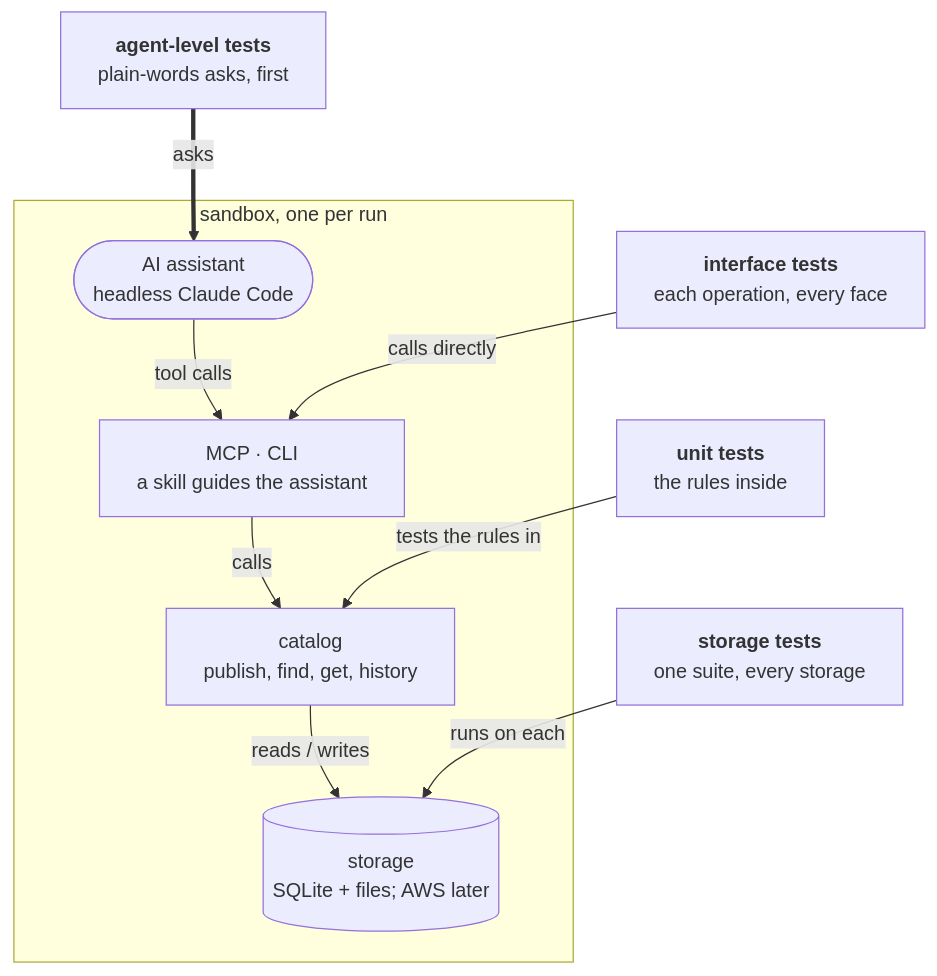
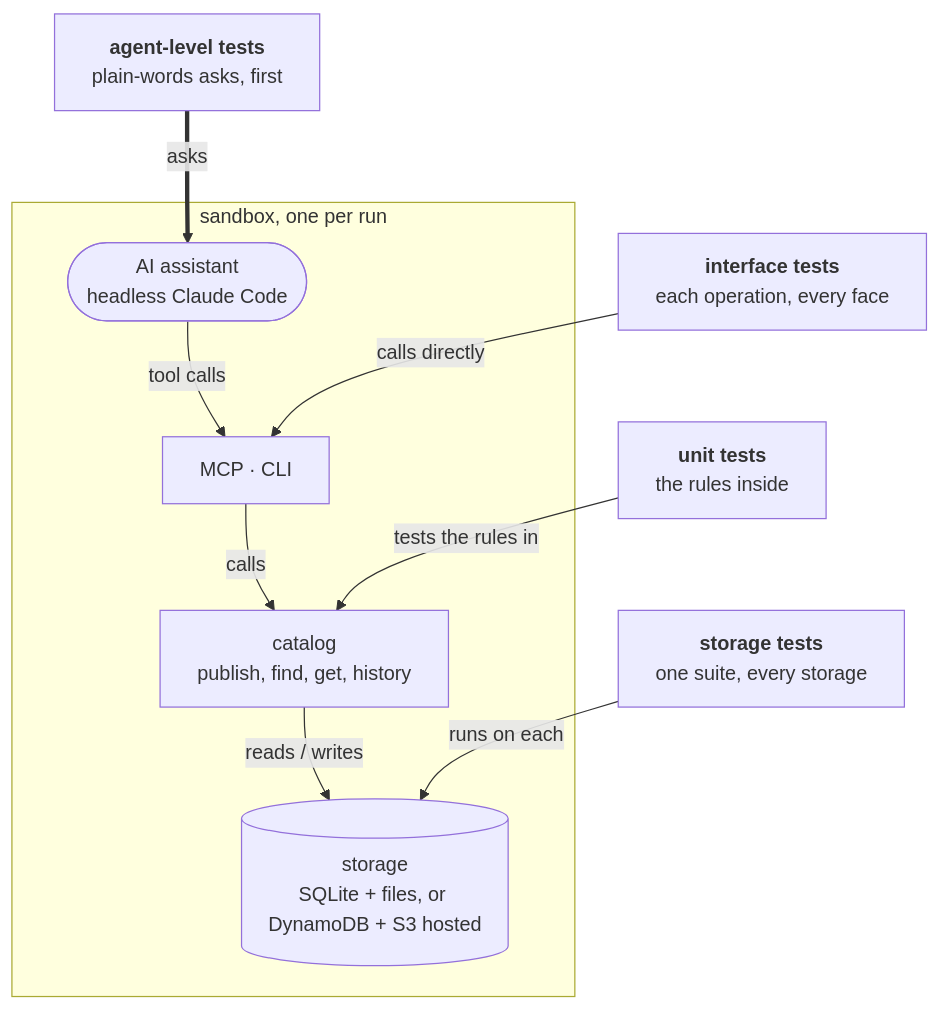
One commit to nandr-web/skills-catalog changed the first of 2 diagrams in qa/qa-plan.md. Above: the diagram before and after it, drawn with Mermaid. The commit also changed other lines of this file, not shown here.

````diff
--- a/qa/qa-plan.md
+++ b/qa/qa-plan.md
@@ -13,20 +13,20 @@
 ```mermaid
 flowchart TD
   agent["<b>agent-level tests</b><br/>plain-words asks, first"]
   iface["<b>interface tests</b><br/>each operation, every face"]
   unit["<b>unit tests</b><br/>the rules inside"]
   conf["<b>storage tests</b><br/>one suite, every storage"]
   subgraph sandbox["sandbox, one per run"]
     asst(["AI assistant<br/>headless Claude Code"])
-    faces["MCP · CLI<br/>a skill guides the assistant"]
+    faces["MCP · CLI"]
     core["catalog<br/>publish, find, get, history"]
-    store[("storage<br/>SQLite + files; AWS later")]
+    store[("storage<br/>SQLite + files, or DynamoDB + S3 hosted")]
   end
   agent == asks ==> asst
   asst -- tool calls --> faces
   faces -- calls --> core
   core -- reads / writes --> store
   iface -- calls directly --> faces
   unit -- tests the rules in --> core
   conf -- runs on each --> store
 ```
````
